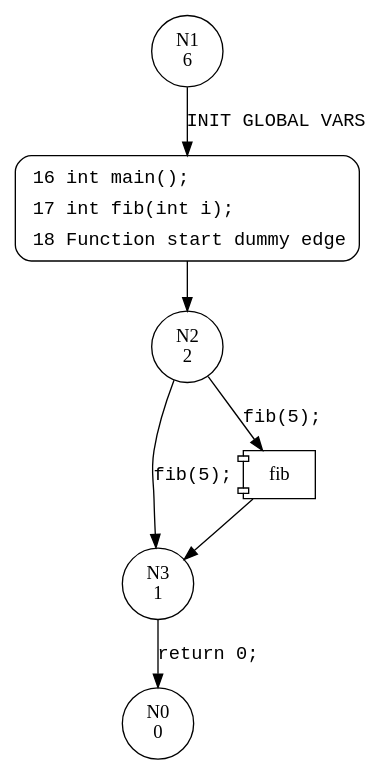
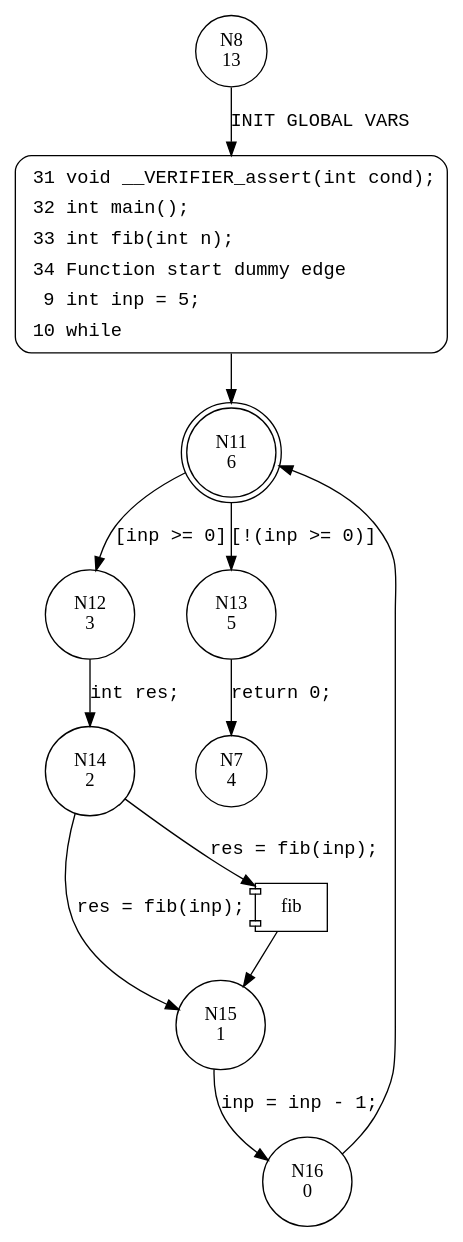
Before and after one commit to cedricrupb/NeuralAlgorithmSelection: the diagram in serving/output/cfa__main.dot, drawn with Graphviz. The commit also changed 140 other files, not shown here.

```diff
--- a/serving/output/cfa__main.dot
+++ b/serving/output/cfa__main.dot
@@ -1,15 +1,24 @@
 digraph main {
-1 [shape="circle" label="N1\n6"]
-16 [shape="circle" label="N16\n5"]
-2 [shape="circle" label="N2\n2"]
-3 [shape="circle" label="N3\n1"]
-0 [shape="circle" label="N0\n0"]
-16 [style="filled,bold" penwidth="1" fillcolor="white" fontname="Courier New" shape="Mrecord" label=<<table border="0" cellborder="0" cellpadding="3" bgcolor="white"><tr><td align="right">16</td><td align="left">int main();</td></tr><tr><td align="right">17</td><td align="left">int fib(int i);</td></tr><tr><td align="right">18</td><td align="left">Function start dummy edge</td></tr></table>>]
-16 -> 2[label=""]
-1 -> 16 [label="INIT GLOBAL VARS" fontname="Courier New"]
+8 [shape="circle" label="N8\n13"]
+31 [shape="circle" label="N31\n12"]
+11 [shape="doublecircle" label="N11\n6"]
+12 [shape="circle" label="N12\n3"]
+13 [shape="circle" label="N13\n5"]
+14 [shape="circle" label="N14\n2"]
+15 [shape="circle" label="N15\n1"]
+16 [shape="circle" label="N16\n0"]
+7 [shape="circle" label="N7\n4"]
+31 [style="filled,bold" penwidth="1" fillcolor="white" fontname="Courier New" shape="Mrecord" label=<<table border="0" cellborder="0" cellpadding="3" bgcolor="white"><tr><td align="right">31</td><td align="left">void __VERIFIER_assert(int cond);</td></tr><tr><td align="right">32</td><td align="left">int main();</td></tr><tr><td align="right">33</td><td align="left">int fib(int n);</td></tr><tr><td align="right">34</td><td align="left">Function start dummy edge</td></tr><tr><td align="right">9</td><td align="left">int inp = 5;</td></tr><tr><td align="right">10</td><td align="left">while</td></tr></table>>]
+31 -> 11[label=""]
+8 -> 31 [label="INIT GLOBAL VARS" fontname="Courier New"]
+11 -> 12 [label="[inp >= 0]" fontname="Courier New"]
+11 -> 13 [label="[!(inp >= 0)]" fontname="Courier New"]
+12 -> 14 [label="int res;" fontname="Courier New"]
 100001 [shape="component" label="fib"]
-2 -> 100001 [label="fib(5);" fontname="Courier New"]
-100001 -> 3 [label="" fontname="Courier New"]
-2 -> 3 [label="fib(5);" fontname="Courier New"]
-3 -> 0 [label="return 0;" fontname="Courier New"]
+14 -> 100001 [label="res = fib(inp);" fontname="Courier New"]
+100001 -> 15 [label="" fontname="Courier New"]
+14 -> 15 [label="res = fib(inp);" fontname="Courier New"]
+15 -> 16 [label="inp = inp - 1;" fontname="Courier New"]
+13 -> 7 [label="return 0;" fontname="Courier New"]
+16 -> 11 [label="" fontname="Courier New"]
 }
```
